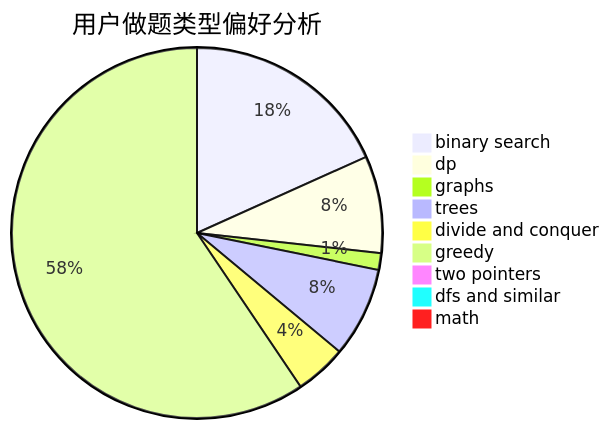
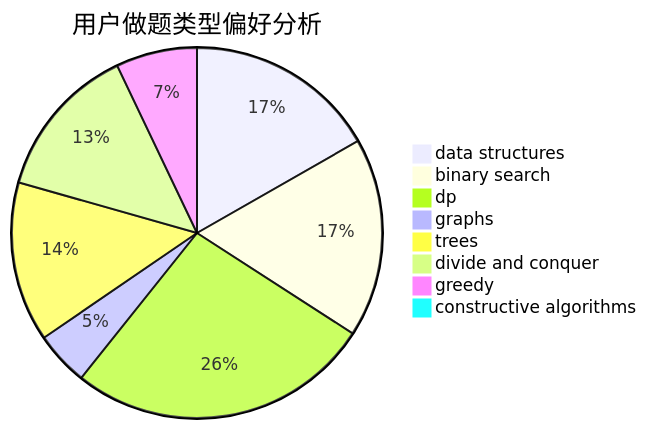
Before and after one commit to sherpahu/cfrs.github.io: the second of 3 diagrams in docs/user/u95.md, drawn with Mermaid. The commit also changed other lines of this file and 2775 other files, not shown here.

````diff
--- a/docs/user/u95.md
+++ b/docs/user/u95.md
@@ -23,12 +23,11 @@
 ```mermaid
 pie title 用户做题类型偏好分析
-    "binary search" :  300
-    "dp" :  139
-    "graphs" :  24
-    "trees" :  129
-    "divide and conquer" :  74
-    "greedy" :  976
-    "two pointers" :  14
-    "dfs and similar" :  12
-    "math" :  12
+    "data structures" :  78
+    "binary search" :  81
+    "dp" :  124
+    "graphs" :  22
+    "trees" :  65
+    "divide and conquer" :  63
+    "greedy" :  33
+    "constructive algorithms" :  2
 ```
````
